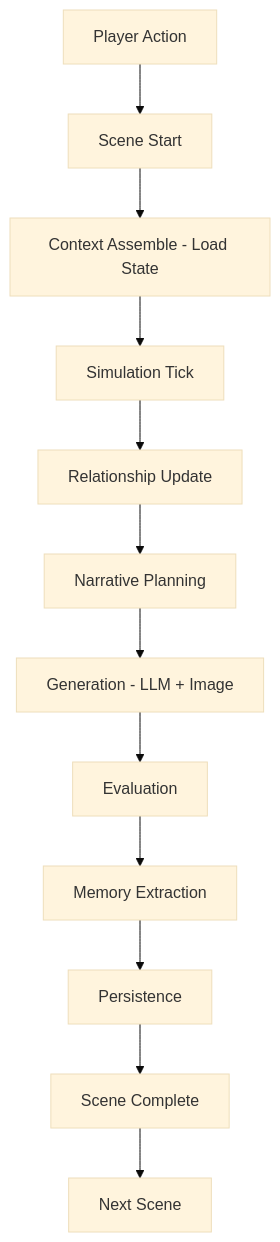
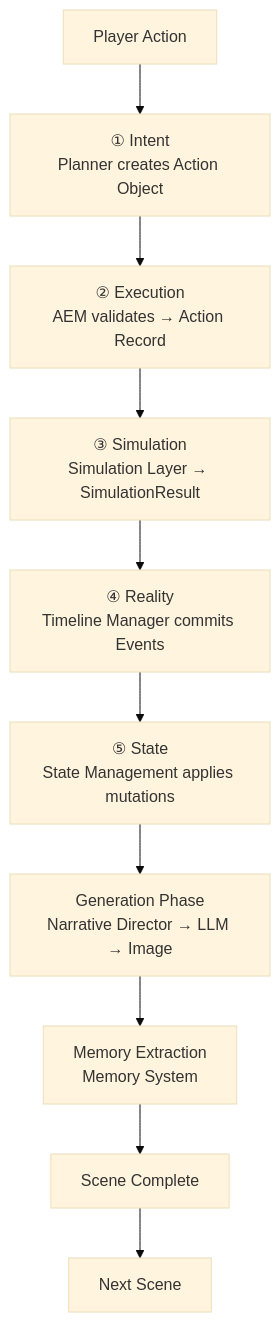
Before and after one commit to yueseyeyu/ai-narrative-rpg-engine: the first of 3 diagrams in docs/02_Architecture/Runtime_Architecture_Blueprint.md, drawn with Mermaid (base theme). The commit also changed other lines of this file and 43 other files, not shown here.

Commit message:
feat: Architecture Baseline v1.0 Frozen + MVP-0 Validation (4/4 contract tests passing)

````diff
--- a/docs/02_Architecture/Runtime_Architecture_Blueprint.md
+++ b/docs/02_Architecture/Runtime_Architecture_Blueprint.md
@@ -87,14 +100,12 @@
 ```mermaid
 flowchart TD
-    A[Player Action] --> B[Scene Start]
-    B --> C[Context Assemble - Load State]
-    C --> D[Simulation Tick]
-    D --> E[Relationship Update]
-    E --> F[Narrative Planning]
-    F --> G[Generation - LLM + Image]
-    G --> H[Evaluation]
-    H --> I[Memory Extraction]
-    I --> J[Persistence]
-    J --> K[Scene Complete]
-    K --> L[Next Scene]
+    PA[Player Action] --> INTENT[① Intent<br/>Planner creates Action Object]
+    INTENT --> EXEC[② Execution<br/>AEM validates → Action Record]
+    EXEC --> SIM[③ Simulation<br/>Simulation Layer → SimulationResult]
+    SIM --> REAL[④ Reality<br/>Timeline Manager commits Events]
+    REAL --> STATE[⑤ State<br/>State Management applies mutations]
+    STATE --> GEN[Generation Phase<br/>Narrative Director → LLM → Image]
+    GEN --> MEM[Memory Extraction<br/>Memory System]
+    MEM --> DONE[Scene Complete]
+    DONE --> NEXT[Next Scene]
 ```
````
